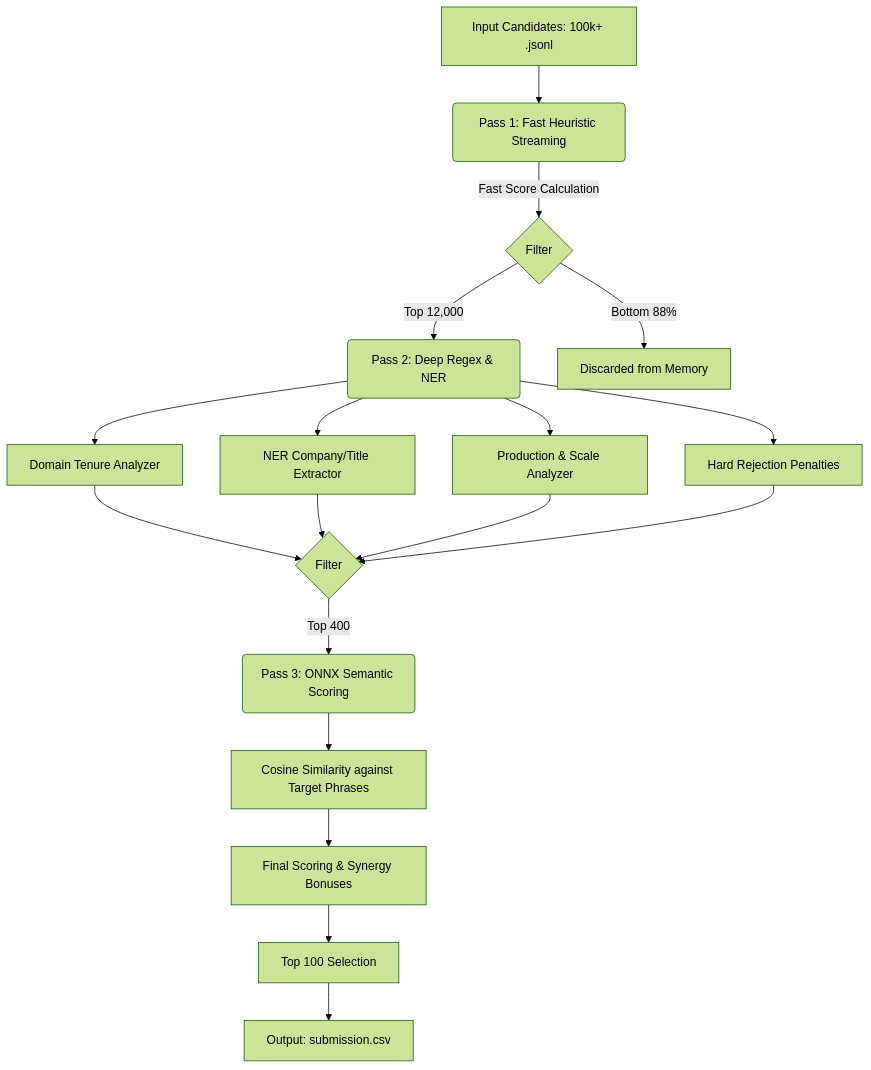
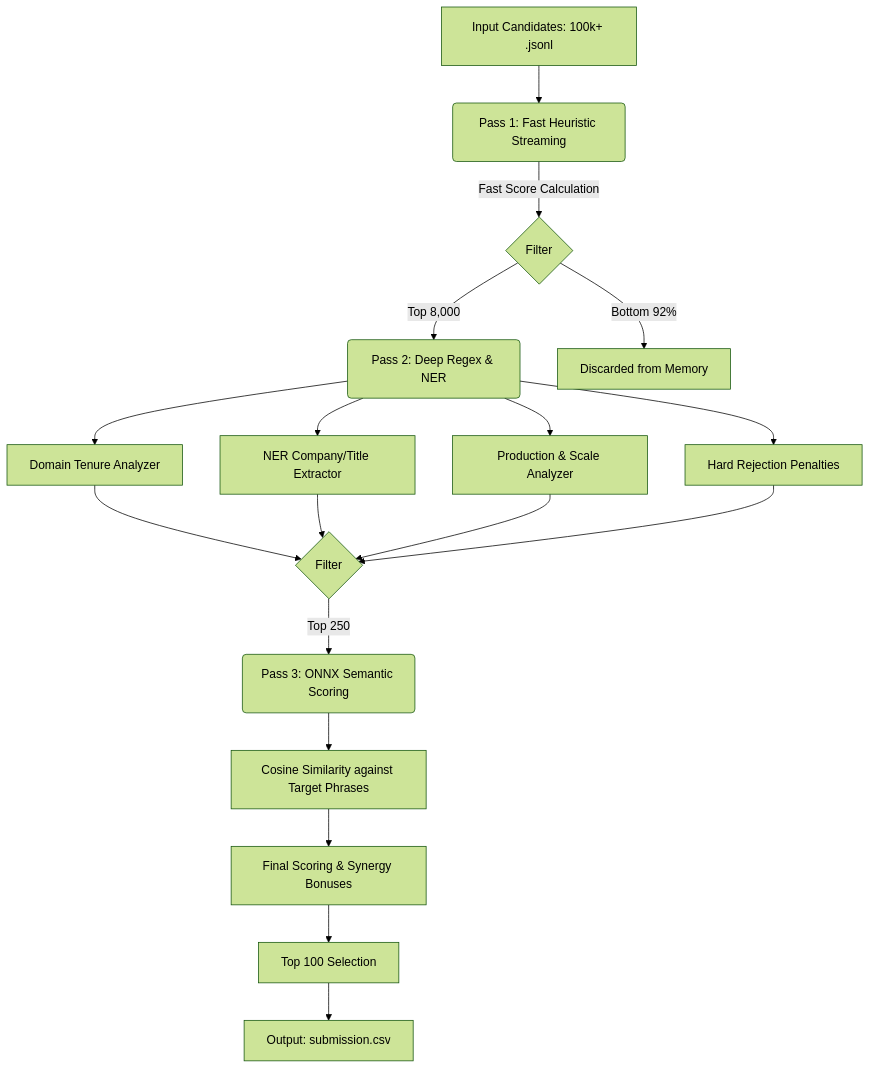
One commit to girinath01/india-runs changed the diagram in README.md. Above: the diagram before and after it, drawn with Mermaid (forest theme). The commit also changed other lines of this file, not shown here.

Commit message:
Update diagram numbers in README to match new optimized pipeline capacities

````diff
--- a/README.md
+++ b/README.md
@@ -21,19 +21,19 @@
 ```mermaid
 graph TD
     A[Input Candidates: 100k+ .jsonl] --> B(Pass 1: Fast Heuristic Streaming)
     B -->|Fast Score Calculation| C{Filter}
-    C -->|Top 12,000| D(Pass 2: Deep Regex & NER)
-    C -->|Bottom 88%| E[Discarded from Memory]
+    C -->|Top 8,000| D(Pass 2: Deep Regex & NER)
+    C -->|Bottom 92%| E[Discarded from Memory]
     
     D --> F[Domain Tenure Analyzer]
     D --> G[NER Company/Title Extractor]
     D --> H[Production & Scale Analyzer]
     D --> I[Hard Rejection Penalties]
     
     F & G & H & I --> J{Filter}
-    J -->|Top 400| K(Pass 3: ONNX Semantic Scoring)
+    J -->|Top 250| K(Pass 3: ONNX Semantic Scoring)
     K --> L[Cosine Similarity against Target Phrases]
     L --> M[Final Scoring & Synergy Bonuses]
     M --> N[Top 100 Selection]
     N --> O[Output: submission.csv]
 ```
````
